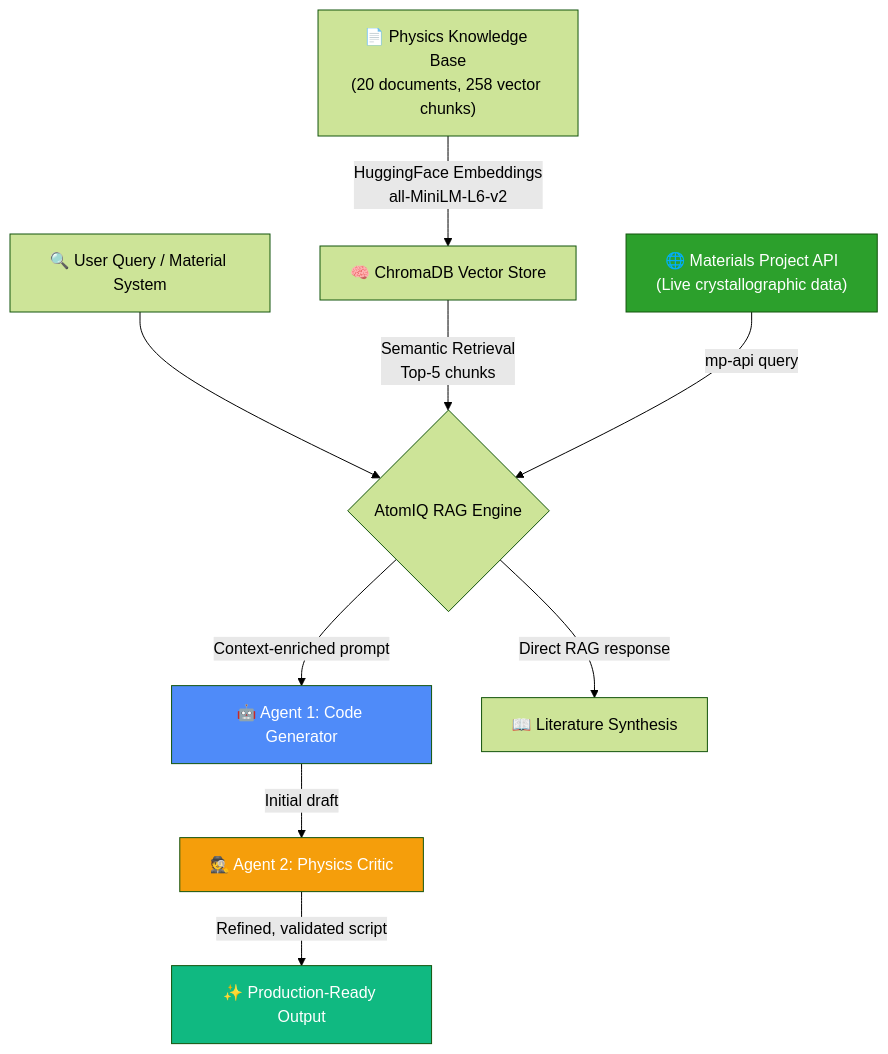
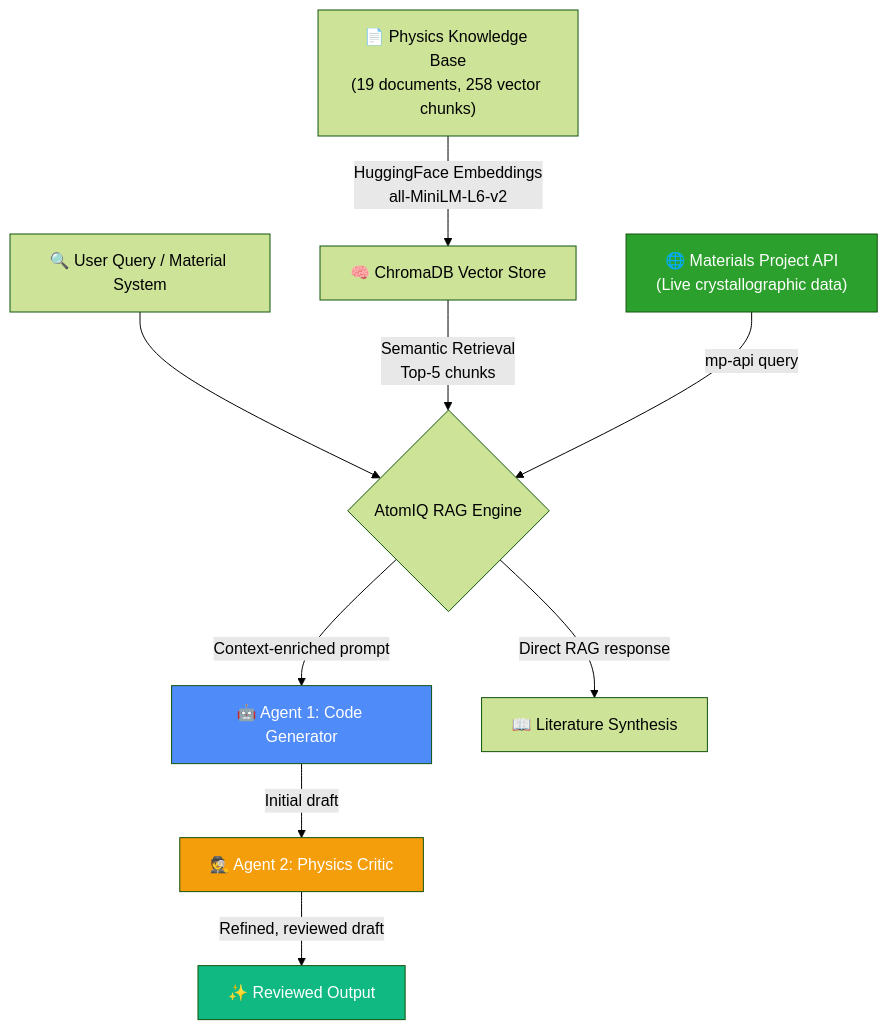
The diagram in README.md (abhibm9602-cyber/AtomIQ), drawn with Mermaid (forest theme) before and after one commit. The commit also changed other lines of this file and 4 other files, not shown here.

````diff
--- a/README.md
+++ b/README.md
@@ -37,16 +37,16 @@
 ```mermaid
 flowchart TD
-    A["📄 Physics Knowledge Base<br/>(20 documents, 258 vector chunks)"] -->|HuggingFace Embeddings<br/>all-MiniLM-L6-v2| B["🧠 ChromaDB Vector Store"]
+    A["📄 Physics Knowledge Base<br/>(19 documents, 258 vector chunks)"] -->|HuggingFace Embeddings<br/>all-MiniLM-L6-v2| B["🧠 ChromaDB Vector Store"]
     C["🔍 User Query / Material System"] --> D{"AtomIQ RAG Engine"}
     B -->|Semantic Retrieval<br/>Top-5 chunks| D
     MP["🌐 Materials Project API<br/>(Live crystallographic data)"] -->|mp-api query| D
     D -->|Context-enriched prompt| E["🤖 Agent 1: Code Generator"]
     E -->|Initial draft| F["🕵️ Agent 2: Physics Critic"]
-    F -->|Refined, validated script| G["✨ Production-Ready Output"]
+    F -->|Refined, reviewed draft| G["✨ Reviewed Output"]
     D -->|Direct RAG response| H["📖 Literature Synthesis"]
     
     style MP fill:#2CA02C,color:#fff
     style E fill:#4F8BF9,color:#fff
     style F fill:#F59E0B,color:#fff
     style G fill:#10B981,color:#fff
 ```
````
